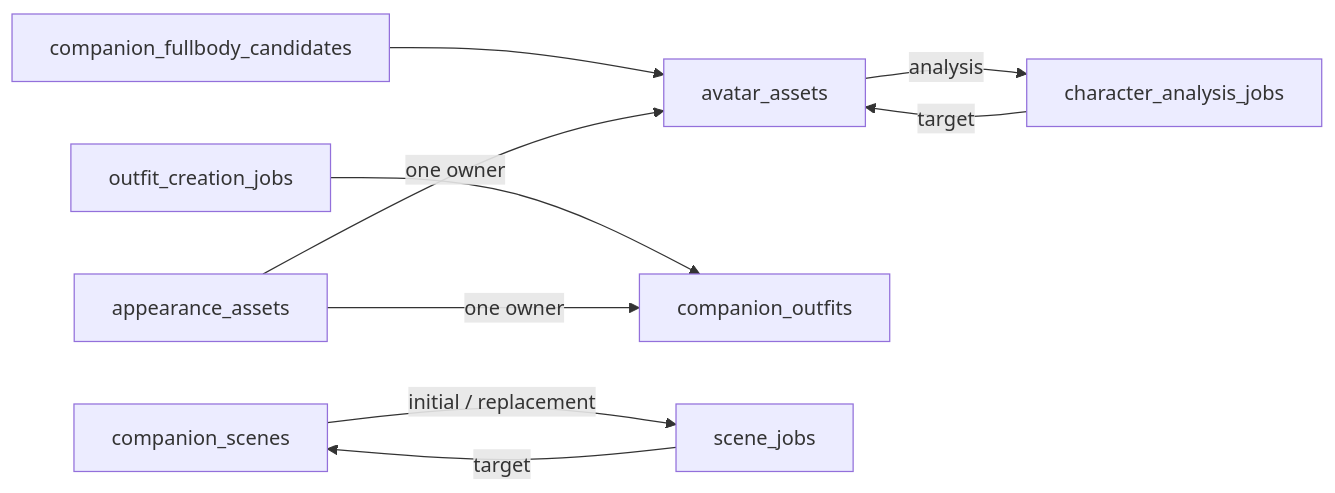
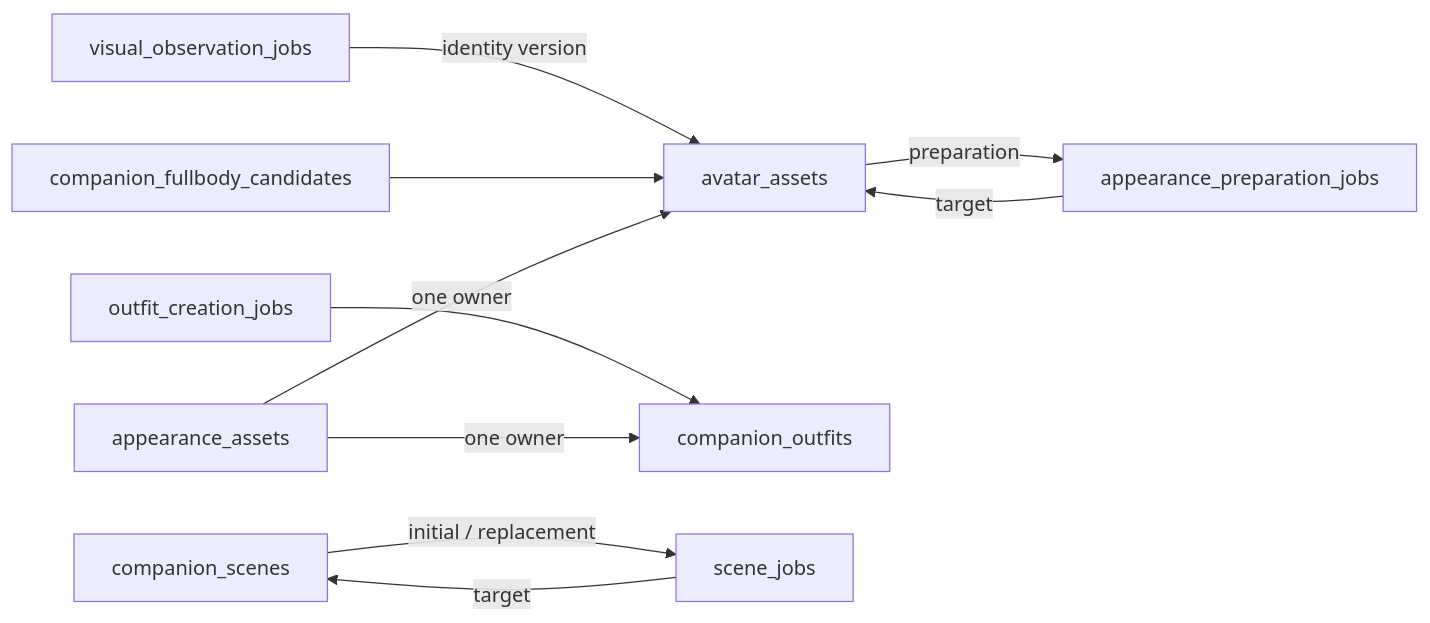
One commit to yangjinming1062/SpiritAgent changed the fourth of 8 diagrams in docs/DATABASE.md. Above: the diagram before and after it, drawn with Mermaid. The commit also changed other lines of this file and 99 other files, not shown here.

First line of the commit message:
refactor(backend,client): 取消外形角色卡，将可选背景并入 Persona 并以确认图管理视觉身份

````diff
--- a/docs/DATABASE.md
+++ b/docs/DATABASE.md
@@ -72,11 +73,12 @@
 ```mermaid
 flowchart LR
-    avatar_assets -->|analysis| character_analysis_jobs
-    character_analysis_jobs -->|target| avatar_assets
+    avatar_assets -->|preparation| appearance_preparation_jobs
+    appearance_preparation_jobs -->|target| avatar_assets
+    visual_observation_jobs -->|identity version| avatar_assets
     companion_fullbody_candidates --> avatar_assets
     outfit_creation_jobs --> companion_outfits
     appearance_assets -->|one owner| avatar_assets
     appearance_assets -->|one owner| companion_outfits
     companion_scenes -->|initial / replacement| scene_jobs
     scene_jobs -->|target| companion_scenes
 ```
````
